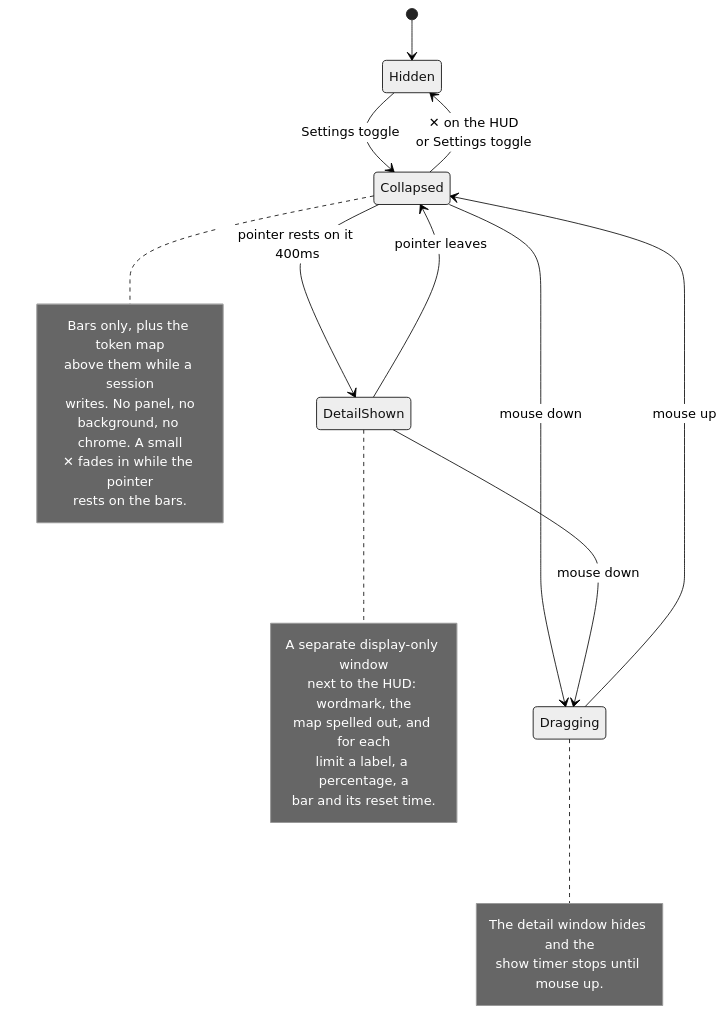
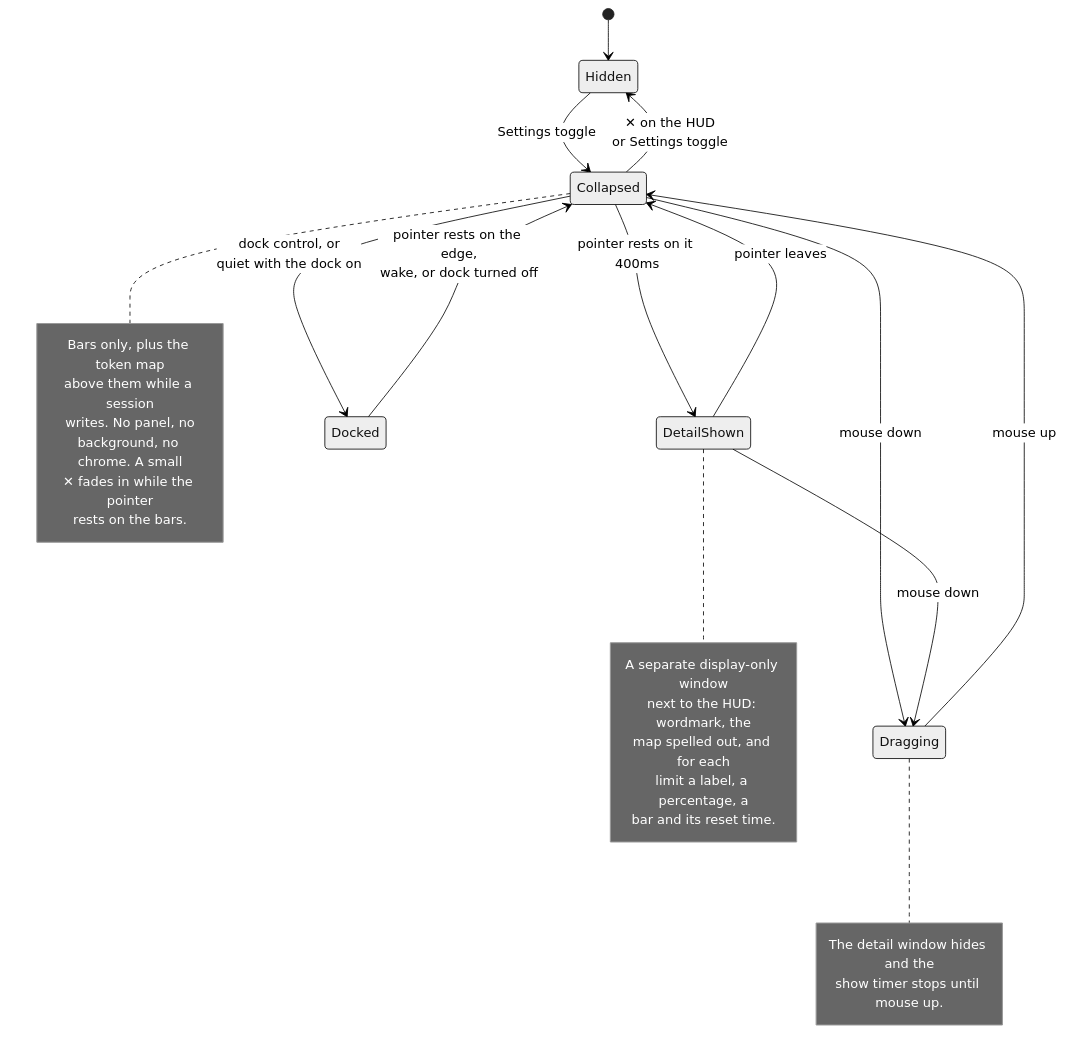
Before and after one commit to antiburn/antiburn: the diagram in docs/hud-states.md, drawn with Mermaid (neutral theme). The commit also changed other lines of this file and 20 other files, not shown here.

First line of the commit message:
feat(hud): dock the HUD off screen and bring it back

````diff
--- a/docs/hud-states.md
+++ b/docs/hud-states.md
@@ -14,33 +14,36 @@
 ```mermaid
 stateDiagram-v2
     [*] --> Hidden
     Hidden --> Collapsed: Settings toggle
     Collapsed --> Hidden: ✕ on the HUD<br/>or Settings toggle
 
     Collapsed --> DetailShown: pointer rests on it 400ms
     DetailShown --> Collapsed: pointer leaves
 
     Collapsed --> Dragging: mouse down
     DetailShown --> Dragging: mouse down
     Dragging --> Collapsed: mouse up
+
+    Collapsed --> Docked: dock control, or<br/>quiet with the dock on
+    Docked --> Collapsed: pointer rests on the edge,<br/>wake, or dock turned off
 
     note right of Collapsed
         Bars only, plus the token map
         above them while a session
         writes. No panel, no
         background, no chrome. A small
         ✕ fades in while the pointer
         rests on the bars.
     end note
     note right of DetailShown
         A separate display-only window
         next to the HUD: wordmark, the
         map spelled out, and for each
         limit a label, a percentage, a
         bar and its reset time.
     end note
     note right of Dragging
         The detail window hides and the
         show timer stops until mouse up.
     end note
 ```
````
